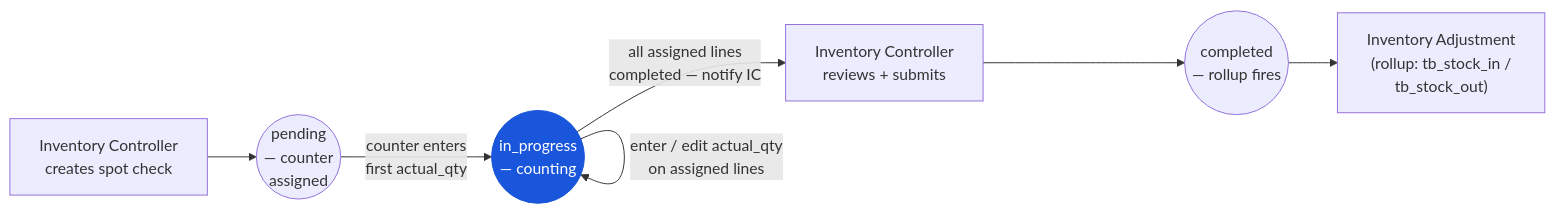
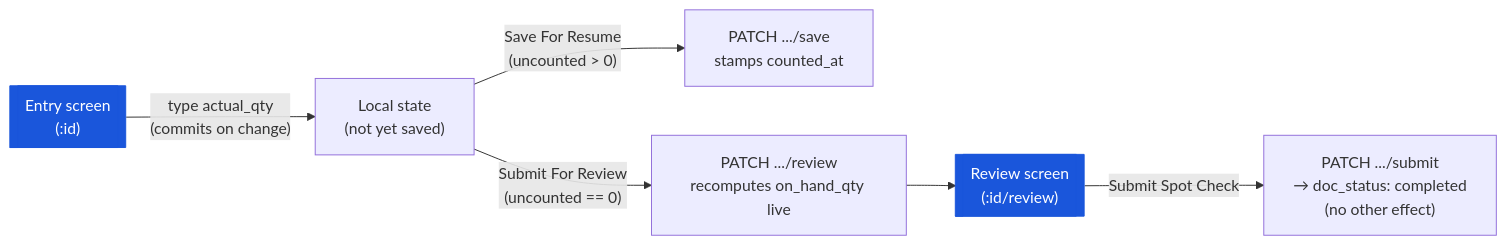
The diagram in en/inventory/spot-check/03-user-flow-counter.md (CarmenSoftware-organization/carmen-wiki), drawn with Mermaid before and after one commit. The commit also changed other lines of this file and 22 other files, not shown here.

First line of the commit message:
docs(resync): spot-check snapshot — whole-module rewrite, fabricated 3-persona/recount/tolerance/GL-rollup workflow replaced with real single-flow single-permission implementation

````diff
--- a/en/inventory/spot-check/03-user-flow-counter.md
+++ b/en/inventory/spot-check/03-user-flow-counter.md
@@ -23,10 +23,10 @@
 ```mermaid
 graph LR
-    lead_create["Inventory Controller\ncreates spot check"] --> pending(("pending\n— counter\nassigned"))
-    pending -->|"counter enters\nfirst actual_qty"| in_progress(("in_progress\n— counting")):::current
-    in_progress -->|"enter / edit actual_qty\non assigned lines"| in_progress:::current
-    in_progress -->|"all assigned lines\ncompleted — notify IC"| lead_submit["Inventory Controller\nreviews + submits"]
-    lead_submit --> completed(("completed\n— rollup fires"))
-    completed --> adj["Inventory Adjustment\n(rollup: tb_stock_in /\ntb_stock_out)"]
+    entry[["Entry screen\n(:id)"]]:::current
+    entry -->|"type actual_qty\n(commits on change)"| commit["Local state\n(not yet saved)"]
+    commit -->|"Save For Resume\n(uncounted > 0)"| save["PATCH .../save\nstamps counted_at"]
+    commit -->|"Submit For Review\n(uncounted == 0)"| review["PATCH .../review\nrecomputes on_hand_qty live"]
+    review --> reviewScreen[["Review screen\n(:id/review)"]]:::current
+    reviewScreen -->|"Submit Spot Check"| submit["PATCH .../submit\n→ doc_status: completed\n(no other effect)"]
     classDef current fill:#1a56db,color:#fff,stroke:#1a56db;
 ```
````
